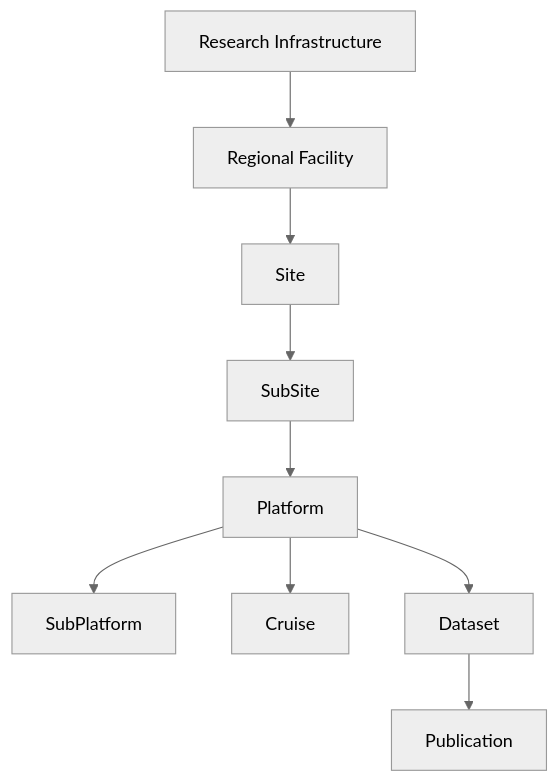
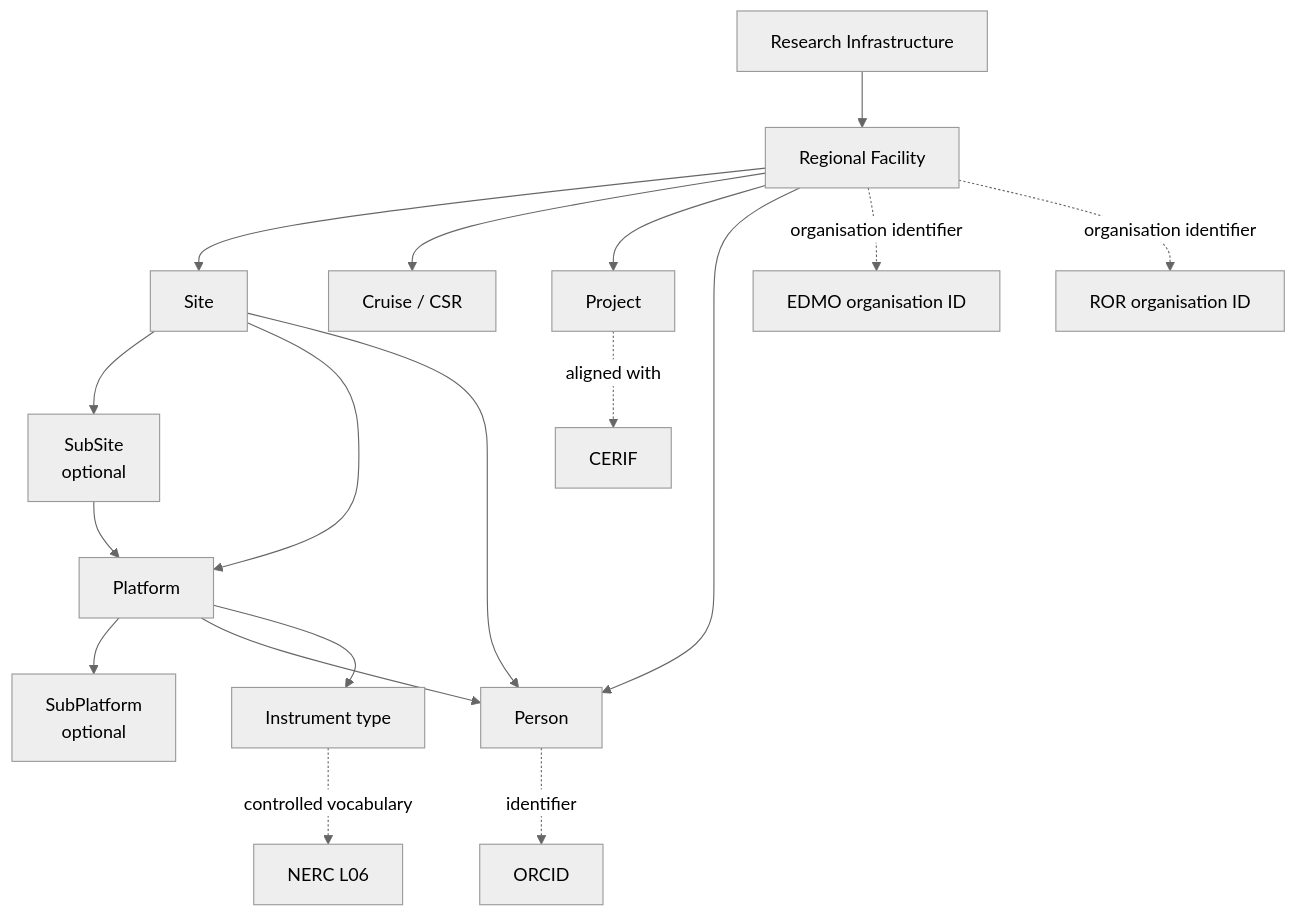
Before and after one commit to emso-eric/oso-ontology: the diagram in README.md, drawn with Mermaid (neutral theme).

Commit message:
Enhance README with additional Mermaid diagram elements

````diff
--- a/README.md
+++ b/README.md
@@ -58,21 +58,41 @@
 ```mermaid
 graph TD
 
 RI[Research Infrastructure]
+RF[Regional Facility]
+Site[Site]
+SubSite[SubSite<br/>optional]
+Platform[Platform]
+SubPlatform[SubPlatform<br/>optional]
 
-RI --> RF[Regional Facility]
+Cruise[Cruise / CSR]
+Project[Project]
+Person[Person]
+InstrumentType[Instrument type]
 
+EDMO[EDMO organisation ID]
+ROR[ROR organisation ID]
+CERIF[CERIF]
+ORCID[ORCID]
+NERC_L06[NERC L06]
+
+RI --> RF
 RF --> Site
-
 Site --> SubSite
-
+Site --> Platform
 SubSite --> Platform
-
 Platform --> SubPlatform
 
-Platform --> Cruise
+RF --> Cruise
+RF --> Project
+RF --> Person
+Site --> Person
+Platform --> Person
 
-Platform --> Dataset
-
-Dataset --> Publication
+RF -. organisation identifier .-> EDMO
+RF -. organisation identifier .-> ROR
+Project -. aligned with .-> CERIF
+Person -. identifier .-> ORCID
+InstrumentType -. controlled vocabulary .-> NERC_L06
+Platform --> InstrumentType
 ```
````
